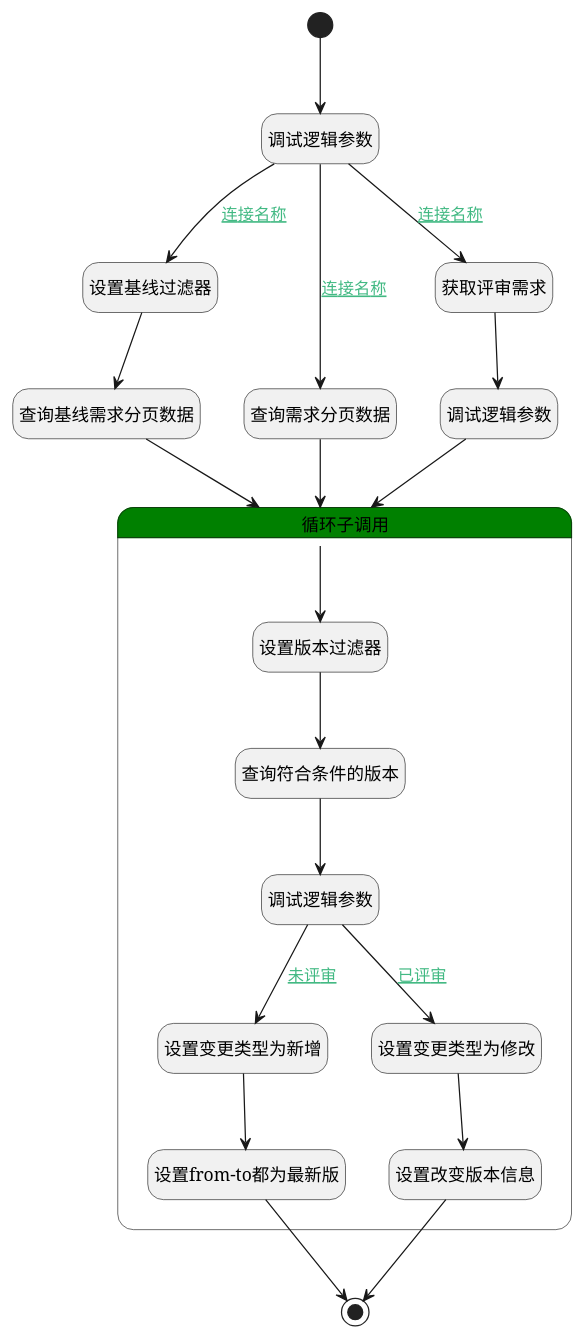
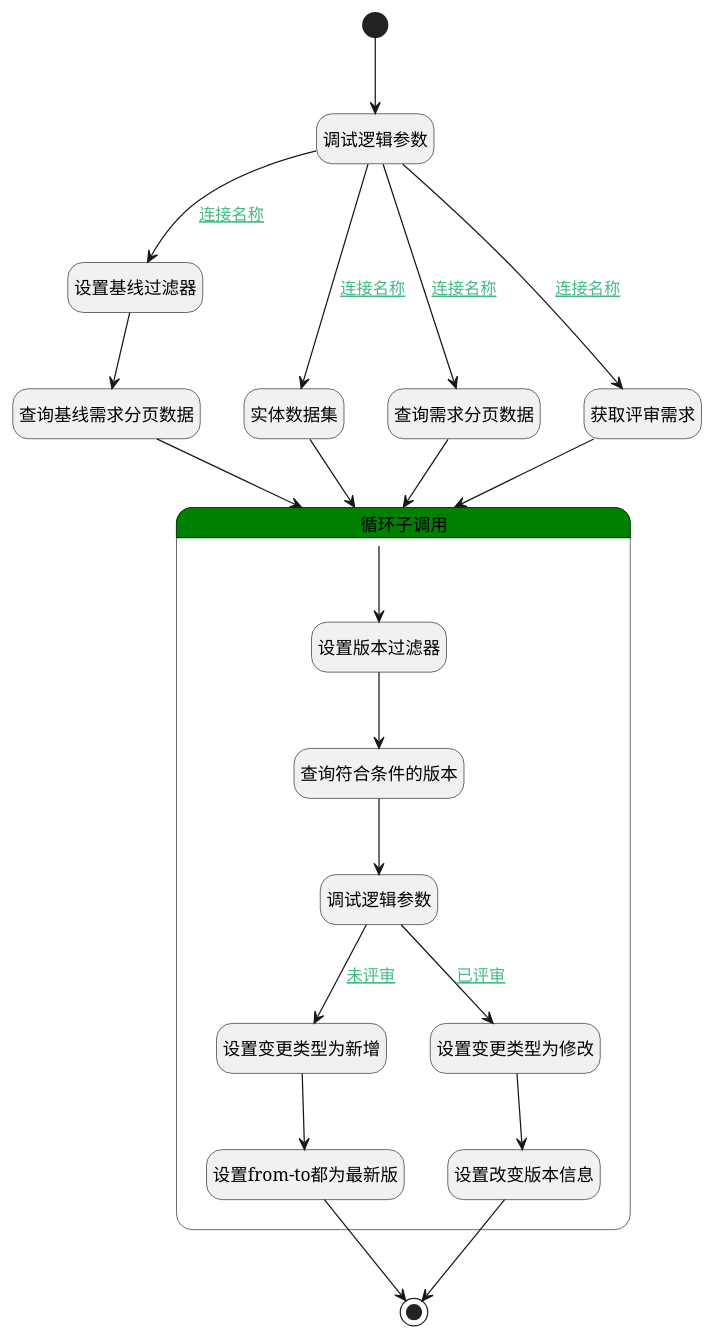
One commit to iBizLab/plm changed the diagram in doc/docsify/module/ProdMgmt/idea/logic/set_change_type.md. Above: the diagram before and after it, drawn with PlantUML. The commit also changed other lines of this file and 1473 other files, not shown here.

````diff
--- a/doc/docsify/module/ProdMgmt/idea/logic/set_change_type.md
+++ b/doc/docsify/module/ProdMgmt/idea/logic/set_change_type.md
@@ -7,51 +7,52 @@
 ```plantuml
 @startuml
 hide empty description
 <style>
 root {
   HyperlinkColor #42b983
 }
 </style>
 
 hide empty description
 state "开始" as Begin <<start>> [[$./set_change_type#begin {"开始"}]]
 state "设置基线过滤器" as PREPAREPARAM4  [[$./set_change_type#prepareparam4 {"设置基线过滤器"}]]
 state "查询基线需求分页数据" as DEDATASET3  [[$./set_change_type#dedataset3 {"查询基线需求分页数据"}]]
+state "实体数据集" as DEDATASET4  [[$./set_change_type#dedataset4 {"实体数据集"}]]
 state "调试逻辑参数" as DEBUGPARAM1  [[$./set_change_type#debugparam1 {"调试逻辑参数"}]]
 state "查询需求分页数据" as DEDATASET1  [[$./set_change_type#dedataset1 {"查询需求分页数据"}]]
-state "调试逻辑参数" as DEBUGPARAM2  [[$./set_change_type#debugparam2 {"调试逻辑参数"}]]
 state "获取评审需求" as RAWSQLCALL1  [[$./set_change_type#rawsqlcall1 {"获取评审需求"}]]
 state "结束" as END1 <<end>> [[$./set_change_type#end1 {"结束"}]]
 state "循环子调用" as LOOPSUBCALL1  [[$./set_change_type#loopsubcall1 {"循环子调用"}]] #green {
 state "设置版本过滤器" as PREPAREPARAM1  [[$./set_change_type#prepareparam1 {"设置版本过滤器"}]]
 state "查询符合条件的版本" as DEDATASET2  [[$./set_change_type#dedataset2 {"查询符合条件的版本"}]]
 state "调试逻辑参数" as DEBUGPARAM3  [[$./set_change_type#debugparam3 {"调试逻辑参数"}]]
 state "设置变更类型为新增" as PREPAREPARAM2  [[$./set_change_type#prepareparam2 {"设置变更类型为新增"}]]
 state "设置from-to都为最新版" as RAWSFCODE1  [[$./set_change_type#rawsfcode1 {"设置from-to都为最新版"}]]
 state "设置变更类型为修改" as PREPAREPARAM3  [[$./set_change_type#prepareparam3 {"设置变更类型为修改"}]]
 state "设置改变版本信息" as RAWSFCODE2  [[$./set_change_type#rawsfcode2 {"设置改变版本信息"}]]
 }
 
 
 Begin --> DEBUGPARAM1
 DEBUGPARAM1 --> DEDATASET1 : [[$./set_change_type#debugparam1-dedataset1{连接名称} 连接名称]]
 DEDATASET1 --> LOOPSUBCALL1
 LOOPSUBCALL1 --> PREPAREPARAM1
 PREPAREPARAM1 --> DEDATASET2
 DEDATASET2 --> DEBUGPARAM3
 DEBUGPARAM3 --> PREPAREPARAM2 : [[$./set_change_type#debugparam3-prepareparam2{未评审} 未评审]]
 PREPAREPARAM2 --> RAWSFCODE1
 RAWSFCODE1 --> END1
 DEBUGPARAM3 --> PREPAREPARAM3 : [[$./set_change_type#debugparam3-prepareparam3{已评审} 已评审]]
 PREPAREPARAM3 --> RAWSFCODE2
 RAWSFCODE2 --> END1
 DEBUGPARAM1 --> RAWSQLCALL1 : [[$./set_change_type#debugparam1-rawsqlcall1{连接名称} 连接名称]]
-RAWSQLCALL1 --> DEBUGPARAM2
-DEBUGPARAM2 --> LOOPSUBCALL1
+RAWSQLCALL1 --> LOOPSUBCALL1
 DEBUGPARAM1 --> PREPAREPARAM4 : [[$./set_change_type#debugparam1-prepareparam4{连接名称} 连接名称]]
 PREPAREPARAM4 --> DEDATASET3
 DEDATASET3 --> LOOPSUBCALL1
+DEBUGPARAM1 --> DEDATASET4 : [[$./set_change_type#debugparam1-dedataset4{连接名称} 连接名称]]
+DEDATASET4 --> LOOPSUBCALL1
 
 
 @enduml
 ```
````
